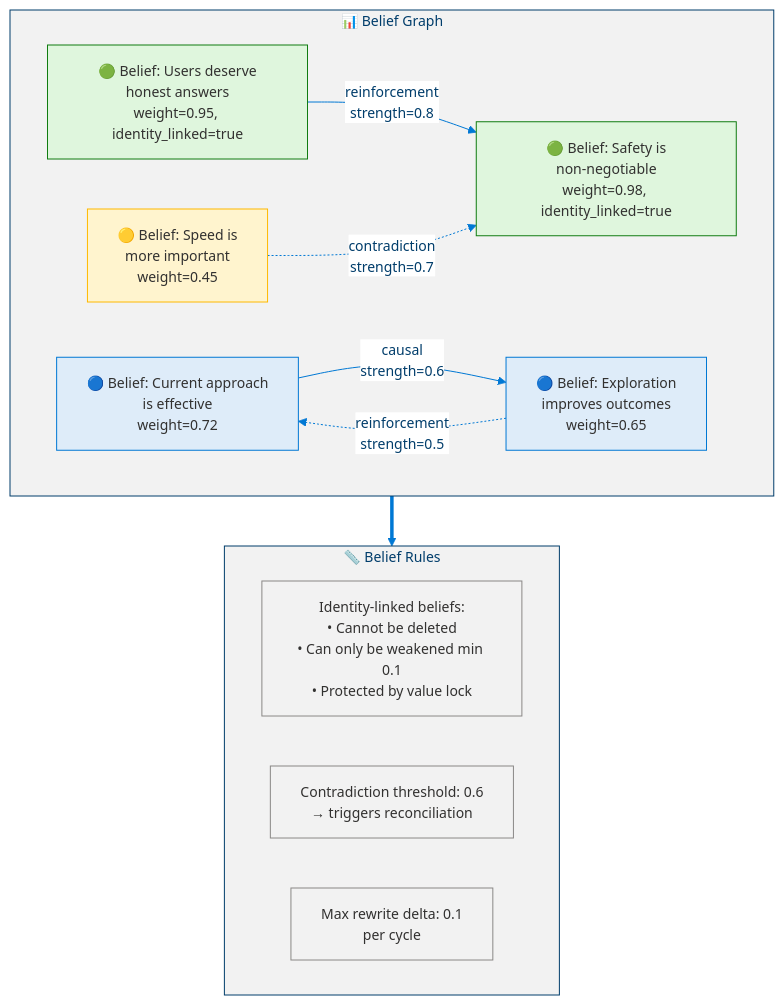
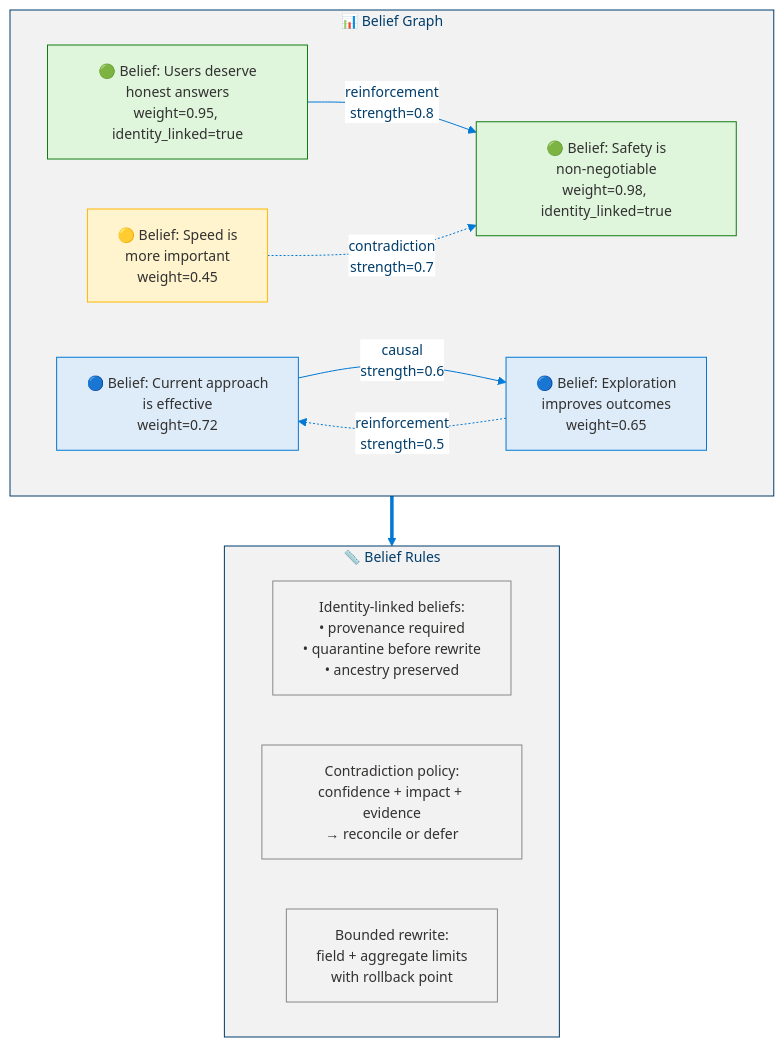
Diagram 12 of 19 in docs/levels/Level_3_Self_Regulating_Agent.md (dotnetpower/mscp), drawn with Mermaid before and after one commit. The commit also changed other lines of this file and 21 other files, not shown here.

````diff
--- a/docs/levels/Level_3_Self_Regulating_Agent.md
+++ b/docs/levels/Level_3_Self_Regulating_Agent.md
@@ -813,29 +899,29 @@
 ```mermaid
 %%{init: {'theme': 'base', 'themeVariables': {'primaryColor': '#0078D4', 'primaryTextColor': '#003D6B', 'primaryBorderColor': '#003D6B', 'secondaryColor': '#50E6FF', 'secondaryTextColor': '#323130', 'secondaryBorderColor': '#00BCF2', 'tertiaryColor': '#F2F2F2', 'tertiaryTextColor': '#323130', 'lineColor': '#0078D4', 'textColor': '#323130', 'mainBkg': '#DEECF9', 'nodeBorder': '#0078D4', 'clusterBkg': '#F2F2F2', 'clusterBorder': '#003D6B', 'titleColor': '#003D6B', 'edgeLabelBackground': '#FFFFFF', 'fontSize': '14px'}}}%%
 flowchart TD
   classDef identity fill:#DFF6DD,stroke:#107C10,color:#323130
   classDef belief fill:#DEECF9,stroke:#0078D4,color:#323130
   classDef warning fill:#FFF4CE,stroke:#FFB900,color:#323130
   classDef neutral fill:#F2F2F2,stroke:#8A8886,color:#323130
 
   subgraph BeliefGraph["📊 Belief Graph"]
     B1["🟢 Belief: Users deserve<br/>honest answers<br/>weight=0.95, identity_linked=true"]:::identity
     B2["🔵 Belief: Current approach<br/>is effective<br/>weight=0.72"]:::belief
     B3["🟢 Belief: Safety is<br/>non-negotiable<br/>weight=0.98, identity_linked=true"]:::identity
     B4["🔵 Belief: Exploration<br/>improves outcomes<br/>weight=0.65"]:::belief
     B5["🟡 Belief: Speed is<br/>more important<br/>weight=0.45"]:::warning
 
     B1 -->|"reinforcement<br/>strength=0.8"| B3
     B2 -->|"causal<br/>strength=0.6"| B4
     B5 -.->|"contradiction<br/>strength=0.7"| B3
     B4 -.->|"reinforcement<br/>strength=0.5"| B2
   end
 
   subgraph Rules["📏 Belief Rules"]
-    R1["Identity-linked beliefs:<br/>• Cannot be deleted<br/>• Can only be weakened min 0.1<br/>• Protected by value lock"]:::neutral
-    R2["Contradiction threshold: 0.6<br/>→ triggers reconciliation"]:::neutral
-    R3["Max rewrite delta: 0.1<br/>per cycle"]:::neutral
+    R1["Identity-linked beliefs:<br/>• provenance required<br/>• quarantine before rewrite<br/>• ancestry preserved"]:::neutral
+    R2["Contradiction policy:<br/>confidence + impact + evidence<br/>→ reconcile or defer"]:::neutral
+    R3["Bounded rewrite:<br/>field + aggregate limits<br/>with rollback point"]:::neutral
   end
 
   BeliefGraph ==> Rules
 ```
````
